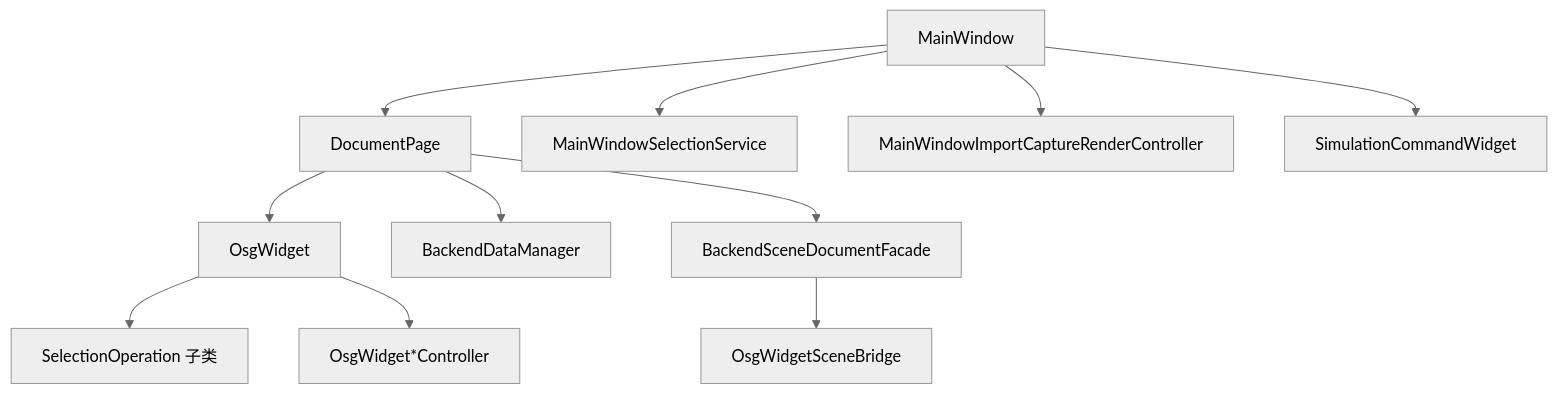
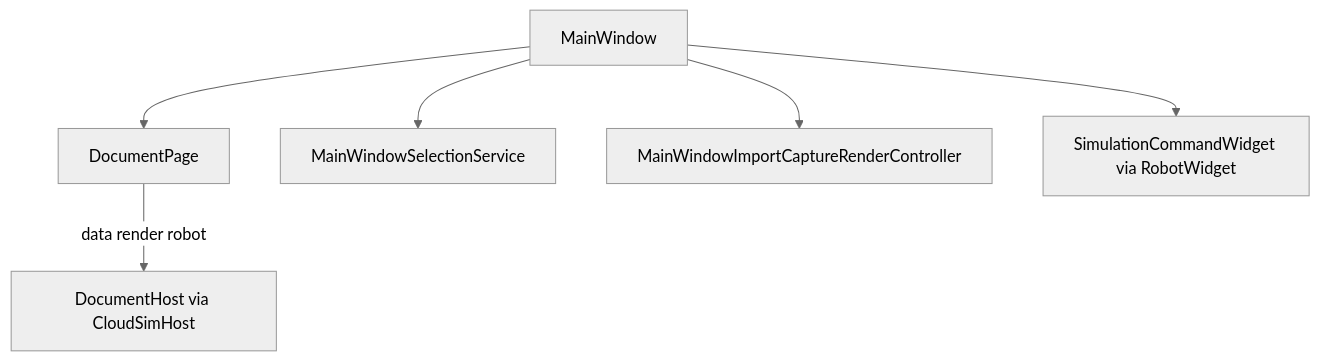
Before and after one commit to sanmunejdn/CloudSim: the diagram in src/UI/Widget/DEVELOPER_GUIDE.md, drawn with Mermaid (neutral theme). The commit also changed other lines of this file and 111 other files, not shown here.

````diff
--- a/src/UI/Widget/DEVELOPER_GUIDE.md
+++ b/src/UI/Widget/DEVELOPER_GUIDE.md
@@ -19,13 +20,8 @@
 ```mermaid
 flowchart TB
   MW[MainWindow] --> DP[DocumentPage]
-  DP --> OSG[OsgWidget]
-  DP --> BDM[BackendDataManager]
-  DP --> Facade[BackendSceneDocumentFacade]
-  Facade --> Bridge[OsgWidgetSceneBridge]
+  DP -->|data render robot| Host[DocumentHost via CloudSimHost]
   MW --> Sel[MainWindowSelectionService]
   MW --> Imp[MainWindowImportCaptureRenderController]
-  MW --> Sim[SimulationCommandWidget]
-  OSG --> Ops[SelectionOperation 子类]
-  OSG --> Ctrl[OsgWidget*Controller]
+  MW --> Sim[SimulationCommandWidget via RobotWidget]
 ```
````
